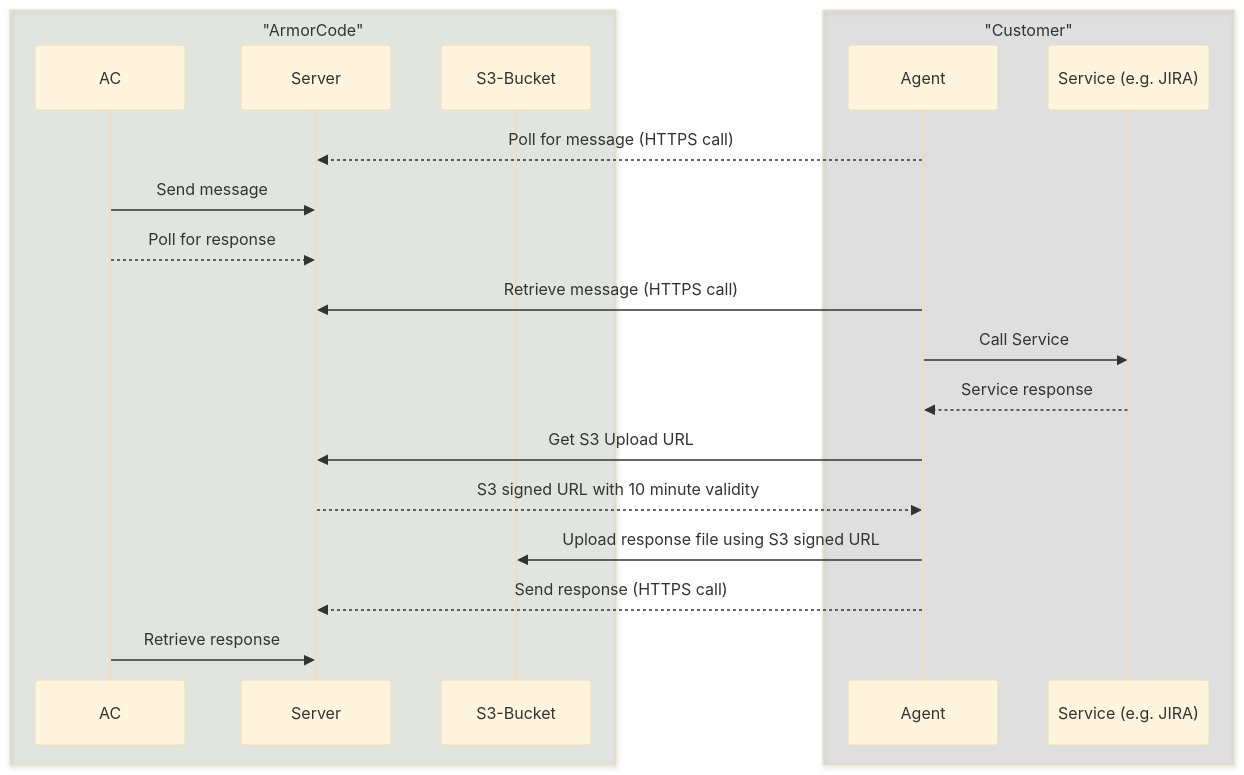
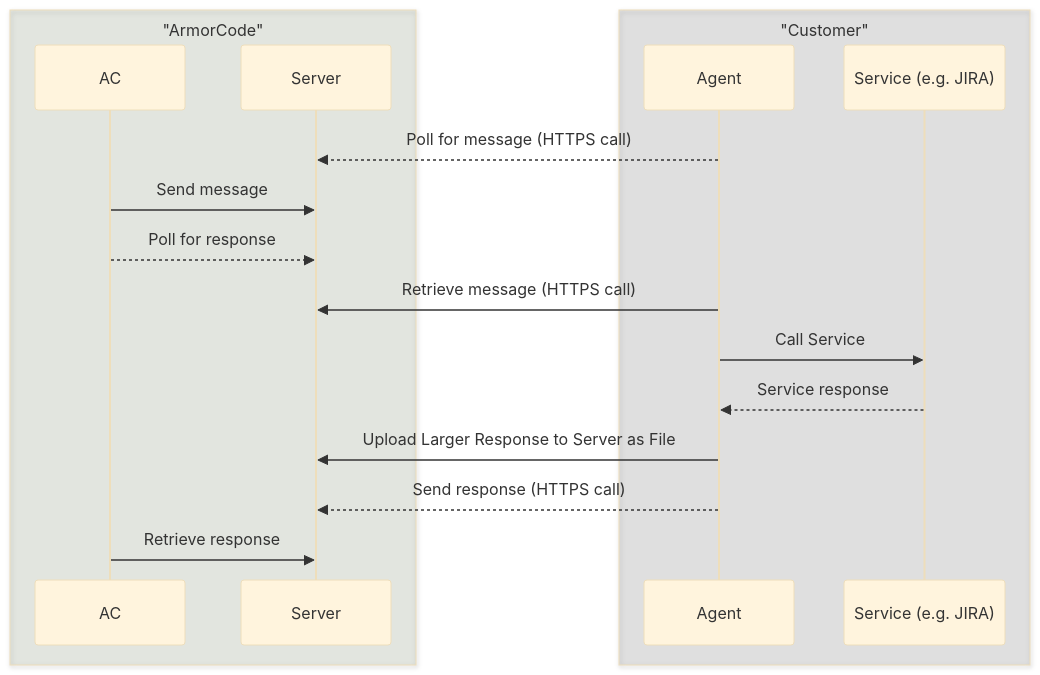
One commit to armor-code/agent changed the diagram in web-agent/README.md. Above: the diagram before and after it, drawn with Mermaid (base theme). The commit also changed other lines of this file, not shown here.

````diff
--- a/web-agent/README.md
+++ b/web-agent/README.md
@@ -27,26 +27,23 @@
 ```mermaid
 sequenceDiagram
   box rgba(33, 66, 00, 0.1) "ArmorCode"
     participant AC
     participant Server
-    participant S3-Bucket
   end
   box rgba(00, 00, 00, 0.1) "Customer"
     participant Agent
     participant Service (e.g. JIRA)
   end
 
     Agent-->>Server: Poll for message (HTTPS call)
     AC->>Server: Send message
     AC-->>Server: Poll for response
     Agent->>Server: Retrieve message (HTTPS call)
     Agent->>Service (e.g. JIRA): Call Service
     Service (e.g. JIRA)-->>Agent: Service response
 
-    Agent->>Server: Get S3 Upload URL
-    Server-->>Agent: S3 signed URL with 10 minute validity
-    Agent->>S3-Bucket: Upload response file using S3 signed URL
+    Agent->>Server: Upload Larger Response to Server as File
 
     Agent-->>Server: Send response (HTTPS call)
     AC->>Server: Retrieve response
 ```
````
